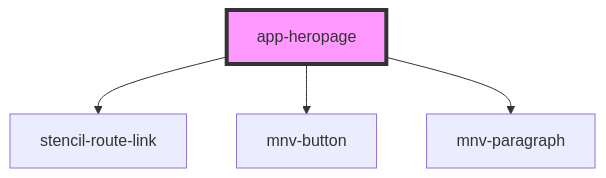
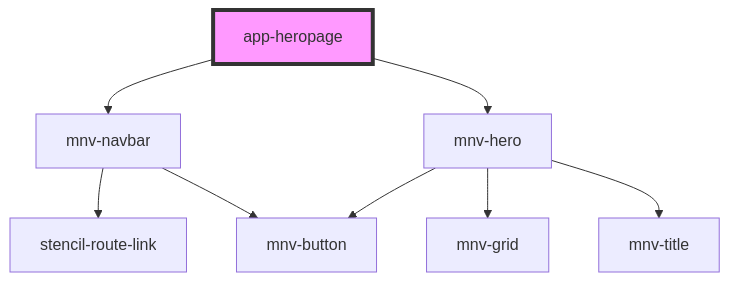
Before and after one commit to rafaela-vairo/ufrj-sustainable: the diagram in src/components/app-heropage/readme.md, drawn with Mermaid. The commit also changed other lines of this file and 15 other files, not shown here.

Commit message:
Criação e refinamento de mnv-navbar

````diff
--- a/src/components/app-heropage/readme.md
+++ b/src/components/app-heropage/readme.md
@@ -24,7 +23,11 @@
 ```mermaid
 graph TD;
-  app-heropage --> stencil-route-link
-  app-heropage --> mnv-button
-  app-heropage --> mnv-paragraph
+  app-heropage --> mnv-navbar
+  app-heropage --> mnv-hero
+  mnv-navbar --> stencil-route-link
+  mnv-navbar --> mnv-button
+  mnv-hero --> mnv-grid
+  mnv-hero --> mnv-title
+  mnv-hero --> mnv-button
   style app-heropage fill:#f9f,stroke:#333,stroke-width:4px
 ```
````
